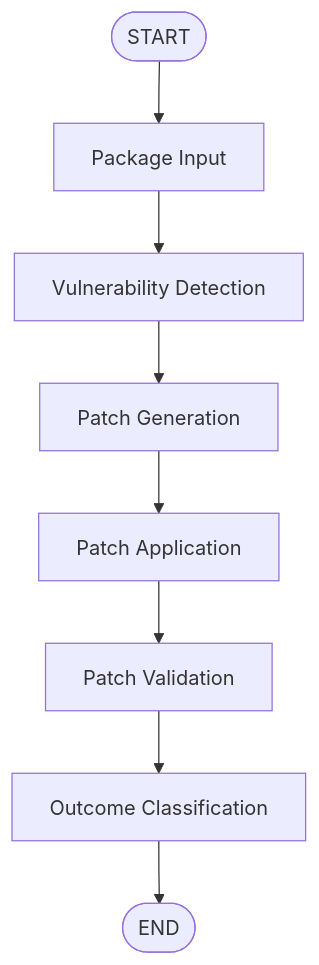
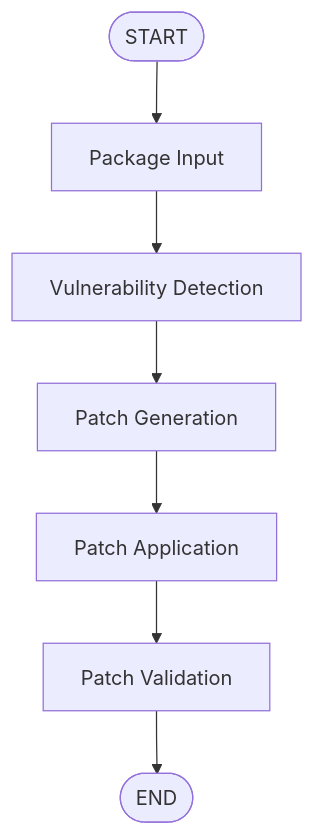
Before and after one commit to shirosensei02/FYP: the diagram in README.md, drawn with Mermaid. The commit also changed other lines of this file, not shown here.

````diff
--- a/README.md
+++ b/README.md
@@ -17,10 +17,9 @@
 ```mermaid
 graph TD
     __start__([START]) --> package_input_node[Package Input]
     package_input_node --> vulnerability_detection_node[Vulnerability Detection]
     vulnerability_detection_node --> patch_generation_node[Patch Generation]
     patch_generation_node --> patch_application_node[Patch Application]
     patch_application_node --> patch_validation_node[Patch Validation]
-    patch_validation_node --> outcome_classification_node[Outcome Classification]
-    outcome_classification_node --> __end__([END])
+    patch_validation_node --> __end__([END])
 ```
````
